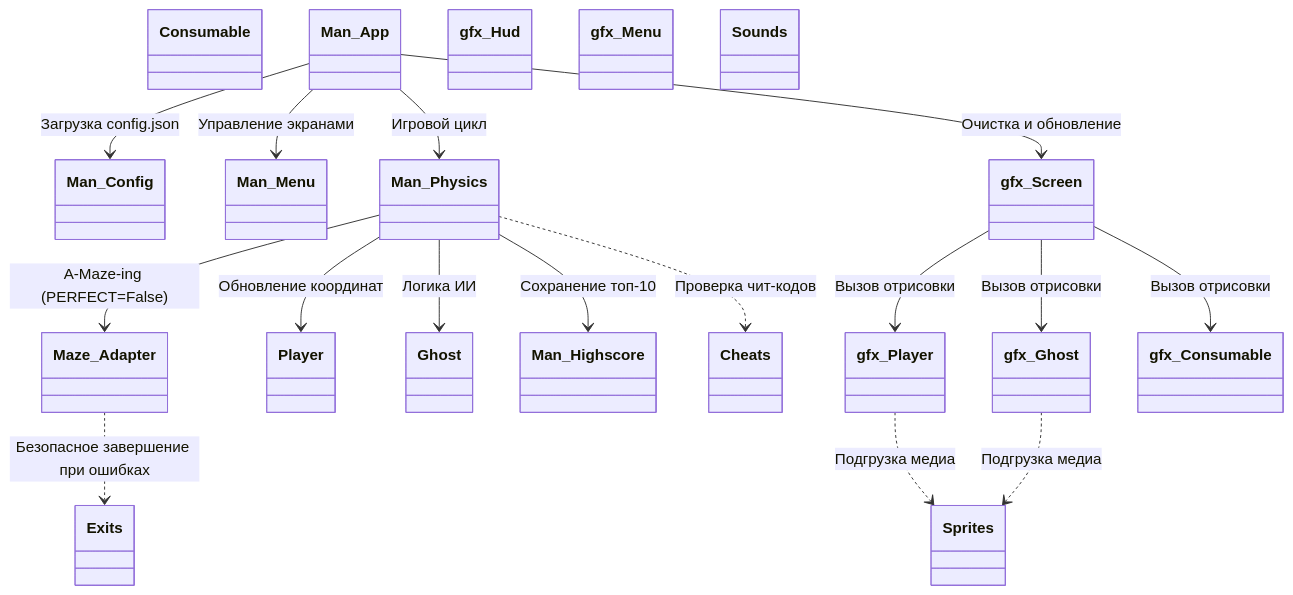
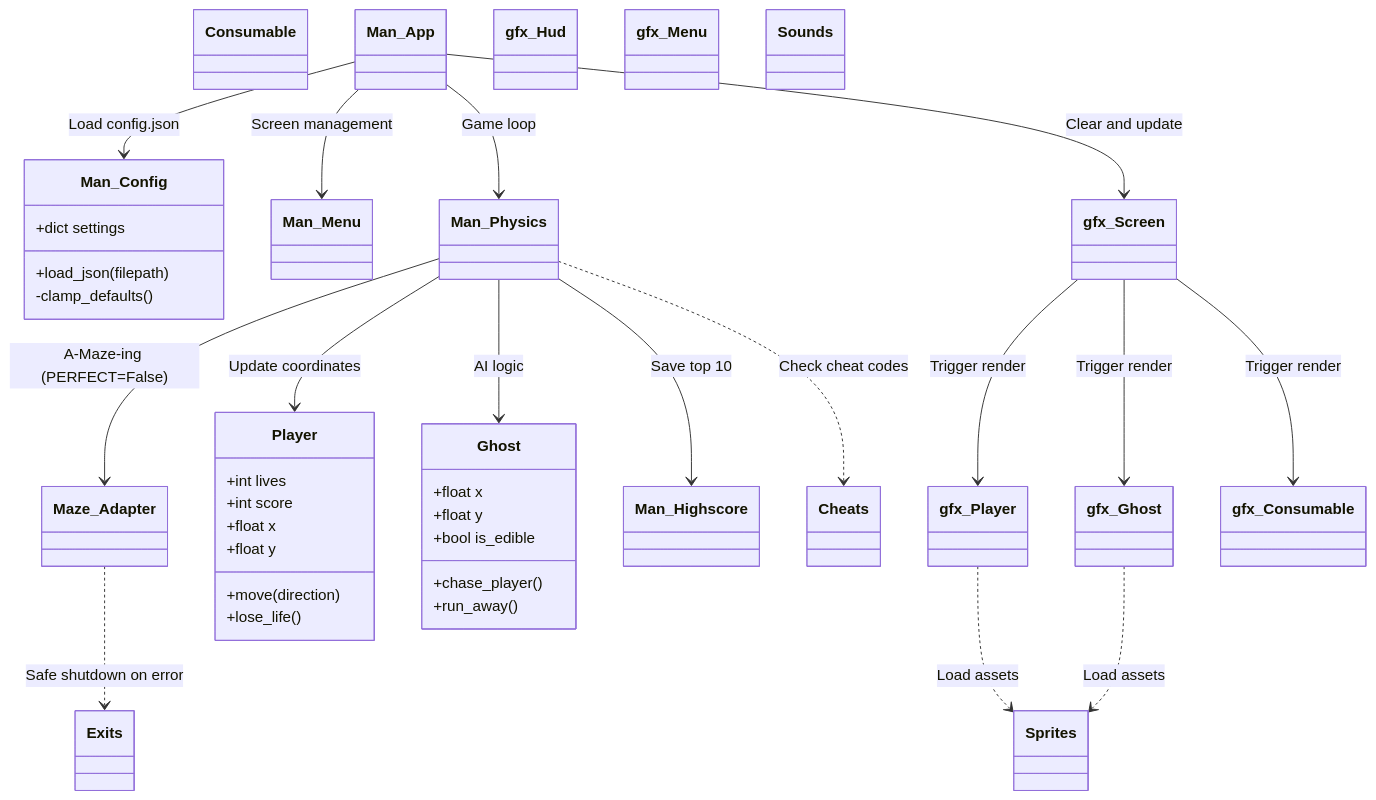
Before and after one commit to OlekKruh/FTPacMan: the diagram in README.md, drawn with Mermaid.

````diff
--- a/README.md
+++ b/README.md
@@ -1,46 +1,63 @@
 ```mermaid
 classDiagram
-    class Player
-    class Ghost
+    class Player {
+        +int lives
+        +int score
+        +float x
+        +float y
+        +move(direction)
+        +lose_life()
+    }
+    class Ghost {
+        +float x
+        +float y
+        +bool is_edible
+        +chase_player()
+        +run_away()
+    }
     class Consumable
 
     class Man_App
     class Man_Physics
     class Man_Menu
-    class Man_Config
+    class Man_Config {
+        +dict settings
+        +load_json(filepath)
+        -clamp_defaults()
+    }
     class Man_Highscore
 
     class gfx_Screen
     class gfx_Player
     class gfx_Ghost
     class gfx_Consumable
     class gfx_Hud
     class gfx_Menu
 
     class Maze_Adapter
     class Cheats
     class Exits
 
     class Sprites
     class Sounds
 
-    Man_App --> Man_Config : Загрузка config.json
-    Man_App --> Man_Menu : Управление экранами
-    Man_App --> Man_Physics : Игровой цикл
-    
+    Man_App --> Man_Config : Load config.json
+    Man_App --> Man_Menu : Screen management
+    Man_App --> Man_Physics : Game loop
+
     Man_Physics --> Maze_Adapter : A-Maze-ing (PERFECT=False)
-    Man_Physics --> Player : Обновление координат
-    Man_Physics --> Ghost : Логика ИИ
-    Man_Physics --> Man_Highscore : Сохранение топ-10
-    Man_Physics ..> Cheats : Проверка чит-кодов
-    
-    Man_App --> gfx_Screen : Очистка и обновление
-    gfx_Screen --> gfx_Player : Вызов отрисовки
-    gfx_Screen --> gfx_Ghost : Вызов отрисовки
-    gfx_Screen --> gfx_Consumable : Вызов отрисовки
-    
-    gfx_Player ..> Sprites : Подгрузка медиа
-    gfx_Ghost ..> Sprites : Подгрузка медиа
-    
-    Maze_Adapter ..> Exits : Безопасное завершение при ошибках
+    Man_Physics --> Player : Update coordinates
+    Man_Physics --> Ghost : AI logic
+    Man_Physics --> Man_Highscore : Save top 10
+    Man_Physics ..> Cheats : Check cheat codes
+
+    Man_App --> gfx_Screen : Clear and update
+    gfx_Screen --> gfx_Player : Trigger render
+    gfx_Screen --> gfx_Ghost : Trigger render
+    gfx_Screen --> gfx_Consumable : Trigger render
+
+    gfx_Player ..> Sprites : Load assets
+    gfx_Ghost ..> Sprites : Load assets
+
+    Maze_Adapter ..> Exits : Safe shutdown on error
 ```
````
